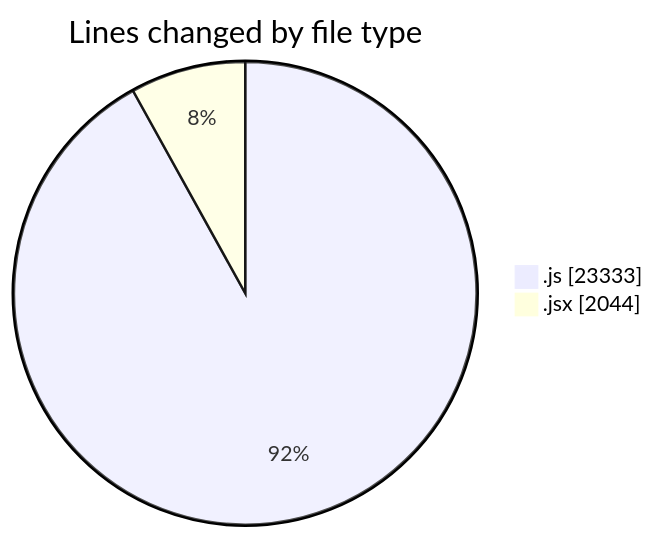
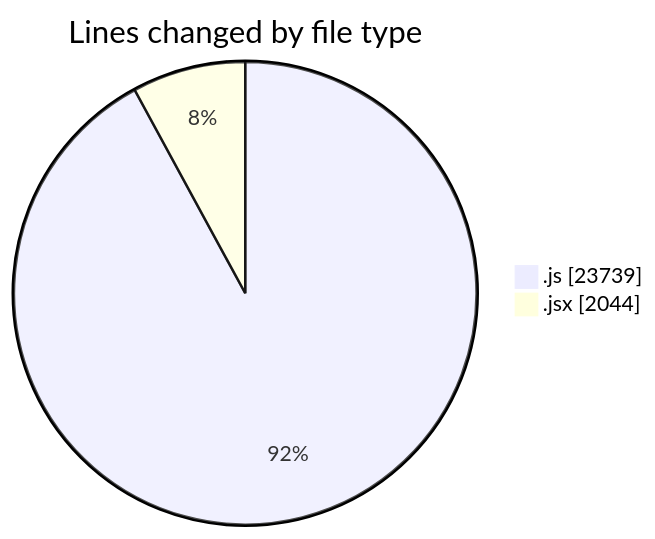
One commit to nxtqubesakshisongat/code-tracking changed the first of 2 diagrams in 2025-10-01/nxtqube_webapp/README.md. Above: the diagram before and after it, drawn with Mermaid. The commit also changed other lines of this file and 1 other file, not shown here.

````diff
--- a/2025-10-01/nxtqube_webapp/README.md
+++ b/2025-10-01/nxtqube_webapp/README.md
@@ -22,6 +23,6 @@
 ```mermaid
 pie showData
 title Lines changed by file type
-".js" : 23333
+".js" : 23739
 ".jsx" : 2044
 ```
````
